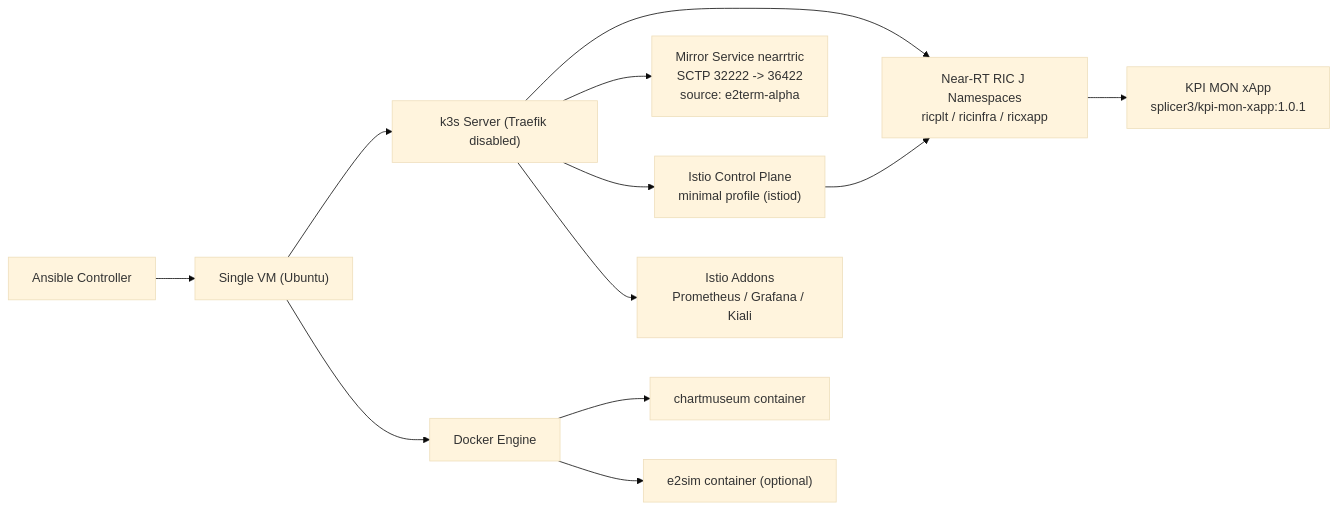
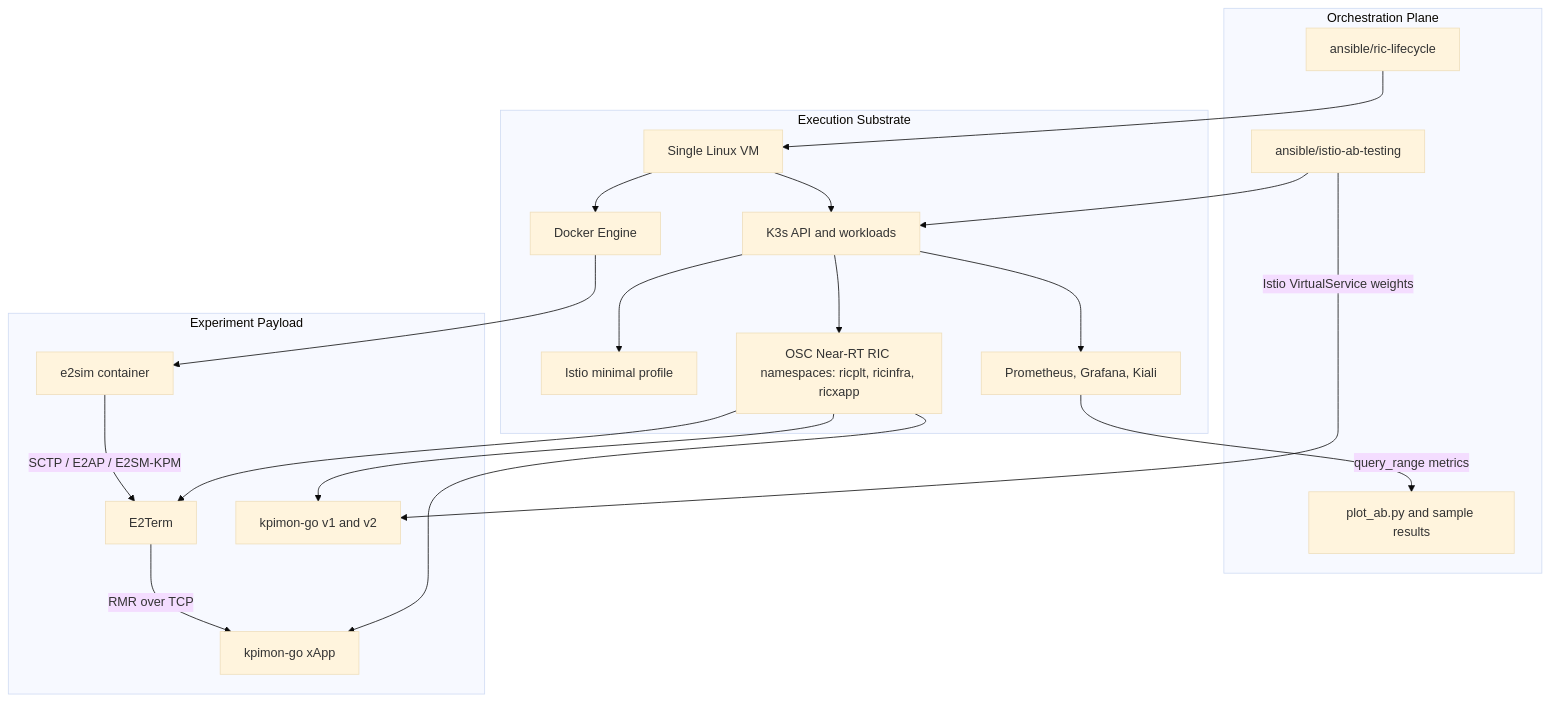
One commit to splicer3/oran-xapp-lifecycle-lab changed the diagram in docs/architecture.md. Above: the diagram before and after it, drawn with Mermaid (base theme). The commit also changed other lines of this file and 1 other file, not shown here.

Commit message:
Document architecture and design decisions

````diff
--- a/docs/architecture.md
+++ b/docs/architecture.md
@@ -4,14 +11,40 @@
 ```mermaid
-graph LR
-    A["Ansible Controller"] --> B["Single VM (Ubuntu)"]
-    B --> C["k3s Server (Traefik disabled)"]
-    C --> D["Near-RT RIC J Namespaces\nricplt / ricinfra / ricxapp"]
-    C --> E["Mirror Service nearrtric\nSCTP 32222 -> 36422\nsource: e2term-alpha"]
-    C --> F["Istio Control Plane\nminimal profile (istiod)"]
-    C --> G["Istio Addons\nPrometheus / Grafana / Kiali"]
-    B --> H["Docker Engine"]
-    H --> I["chartmuseum container"]
-    H --> J["e2sim container (optional)"]
-    D --> K["KPI MON xApp\nsplicer3/kpi-mon-xapp:1.0.1"]
-    F --> D
+flowchart TB
+    subgraph O["Orchestration Plane"]
+        RL["ansible/ric-lifecycle"]
+        AB["ansible/istio-ab-testing"]
+        PLOT["plot_ab.py and sample results"]
+    end
+
+    subgraph S["Execution Substrate"]
+        VM["Single Linux VM"]
+        K3S["K3s API and workloads"]
+        DOCKER["Docker Engine"]
+        ISTIO["Istio minimal profile"]
+        OBS["Prometheus, Grafana, Kiali"]
+        RIC["OSC Near-RT RIC namespaces: ricplt, ricinfra, ricxapp"]
+    end
+
+    subgraph E["Experiment Payload"]
+        E2SIM["e2sim container"]
+        E2TERM["E2Term"]
+        KPIMON["kpimon-go xApp"]
+        ABPODS["kpimon-go v1 and v2"]
+    end
+
+    RL --> VM
+    AB --> K3S
+    VM --> K3S
+    VM --> DOCKER
+    K3S --> ISTIO
+    K3S --> OBS
+    K3S --> RIC
+    DOCKER --> E2SIM
+    RIC --> E2TERM
+    RIC --> KPIMON
+    RIC --> ABPODS
+    E2SIM -- "SCTP / E2AP / E2SM-KPM" --> E2TERM
+    E2TERM -- "RMR over TCP" --> KPIMON
+    AB -- "Istio VirtualService weights" --> ABPODS
+    OBS -- "query_range metrics" --> PLOT
 ```
````
